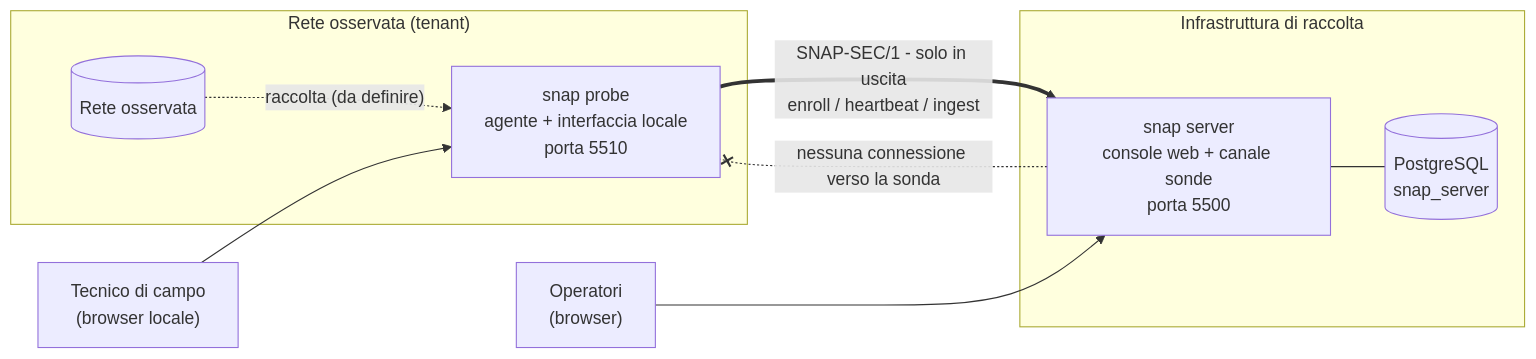
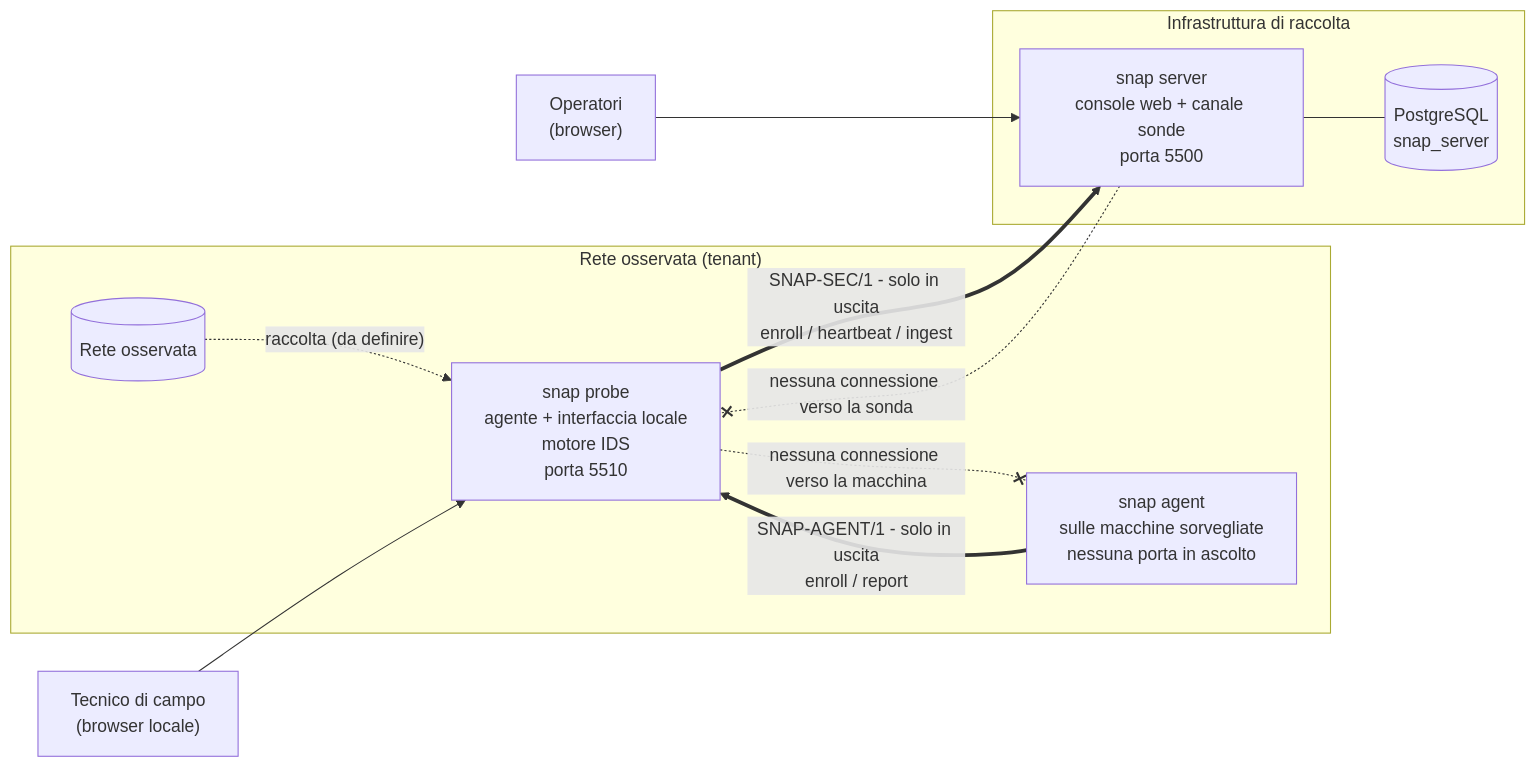
Before and after one commit to dspeziale/snap: the first of 7 diagrams in docs/02_ARCHITETTURA.md, drawn with Mermaid. The commit also changed other lines of this file and 87 other files, not shown here.

````diff
--- a/docs/02_ARCHITETTURA.md
+++ b/docs/02_ARCHITETTURA.md
@@ -49,20 +49,23 @@
 ```mermaid
 graph LR
     subgraph "Rete osservata (tenant)"
-        P["snap probe<br/>agente + interfaccia locale<br/>porta 5510"]
+        P["snap probe<br/>agente + interfaccia locale<br/>motore IDS<br/>porta 5510"]
         LAN[("Rete osservata")]
+        AG["snap agent<br/>sulle macchine sorvegliate<br/>nessuna porta in ascolto"]
     end
     subgraph "Infrastruttura di raccolta"
         S["snap server<br/>console web + canale sonde<br/>porta 5500"]
         DB[("PostgreSQL<br/>snap_server")]
     end
     OP["Operatori<br/>(browser)"]
     TEC["Tecnico di campo<br/>(browser locale)"]
 
     LAN -. "raccolta (da definire)" .-> P
+    AG == "SNAP-AGENT/1 - solo in uscita<br/>enroll / report" ==> P
     P == "SNAP-SEC/1 - solo in uscita<br/>enroll / heartbeat / ingest" ==> S
     S --- DB
     OP --> S
     TEC --> P
     S -. "nessuna connessione verso la sonda" .-x P
+    P -. "nessuna connessione verso la macchina" .-x AG
 ```
````
